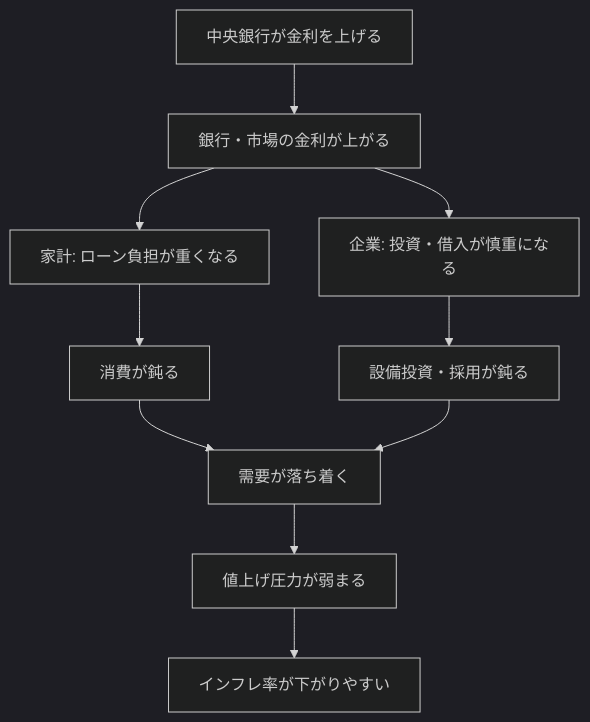
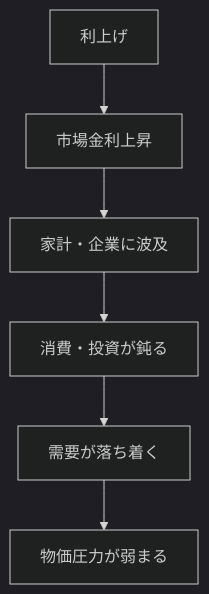
The second of 5 diagrams in src/content/blog/interest-rate-policy-primer.mdx (daylight55/research), drawn with Mermaid (dark theme) before and after one commit. The commit also changed other lines of this file and 20 other files, not shown here.

Commit message:
Mermaid図の表示サイズを調整

````diff
--- a/src/content/blog/interest-rate-policy-primer.mdx
+++ b/src/content/blog/interest-rate-policy-primer.mdx
@@ -77,12 +61,8 @@
 ```mermaid
 flowchart TB
-  A["中央銀行が金利を上げる"] --> B["銀行・市場の金利が上がる"]
-  B --> C["家計: ローン負担が重くなる"]
-  B --> D["企業: 投資・借入が慎重になる"]
-  C --> E["消費が鈍る"]
-  D --> F["設備投資・採用が鈍る"]
-  E --> G["需要が落ち着く"]
-  F --> G
-  G --> H["値上げ圧力が弱まる"]
-  H --> I["インフレ率が下がりやすい"]
+  A["利上げ"] --> B["市場金利上昇"]
+  B --> C["家計・企業に波及"]
+  C --> D["消費・投資が鈍る"]
+  D --> E["需要が落ち着く"]
+  E --> F["物価圧力が弱まる"]
 ```
````
